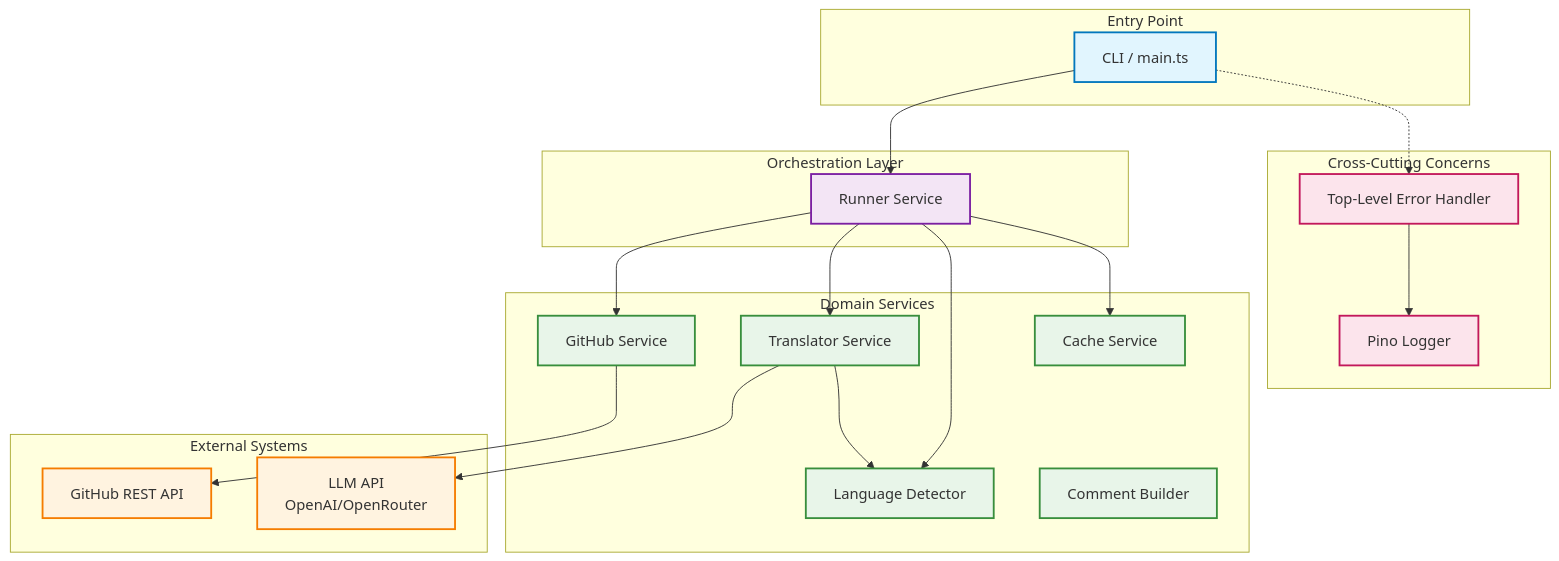
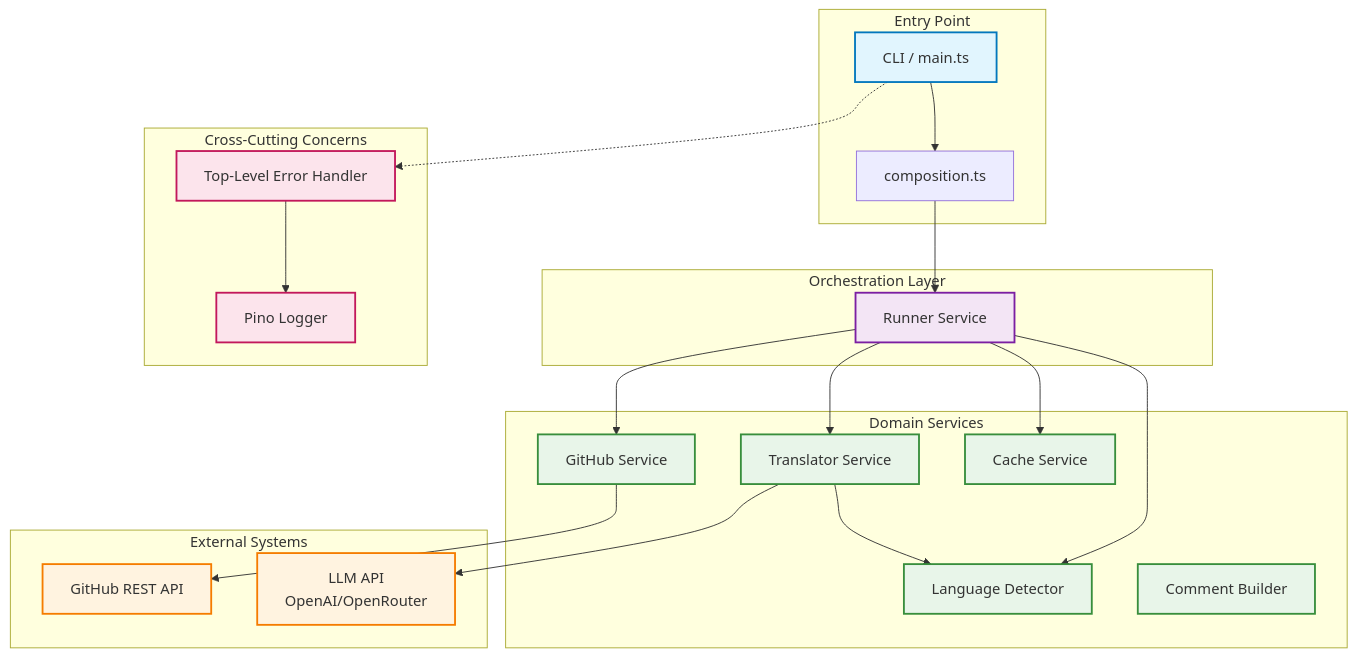
One commit to NivaldoFarias/translate-react changed the first of 3 diagrams in docs/ARCHITECTURE.md. Above: the diagram before and after it, drawn with Mermaid. The commit also changed other lines of this file and 58 other files, not shown here.

````diff
--- a/docs/ARCHITECTURE.md
+++ b/docs/ARCHITECTURE.md
@@ -26,53 +26,55 @@
 ```mermaid
 graph TB
     subgraph "Entry Point"
         CLI[CLI / main.ts]
+        Comp[composition.ts]
     end
 
     subgraph "Orchestration Layer"
         Runner[Runner Service]
     end
 
     subgraph "Domain Services"
         GitHub[GitHub Service]
         Translator[Translator Service]
         LangDetector[Language Detector]
         Cache[Cache Service]
         CommentBuilder[Comment Builder]
     end
 
     subgraph "Cross-Cutting Concerns"
         ErrorHandler[Top-Level Error Handler]
         Logger[Pino Logger]
     end
 
     subgraph "External Systems"
         GitHubAPI[GitHub REST API]
         LLMAPI[LLM API<br/>OpenAI/OpenRouter]
     end
 
-    CLI --> Runner
+    CLI --> Comp
+    Comp --> Runner
     Runner --> GitHub
     Runner --> Translator
     Runner --> LangDetector
     Runner --> Cache
 
     GitHub --> GitHubAPI
     Translator --> LLMAPI
     Translator --> LangDetector
 
     CLI -.-> ErrorHandler
     ErrorHandler --> Logger
 
     classDef entryPoint fill:#e1f5fe,stroke:#0277bd,stroke-width:2px
     classDef orchestration fill:#f3e5f5,stroke:#7b1fa2,stroke-width:2px
     classDef domain fill:#e8f5e9,stroke:#388e3c,stroke-width:2px
     classDef external fill:#fff3e0,stroke:#f57c00,stroke-width:2px
     classDef crossCutting fill:#fce4ec,stroke:#c2185b,stroke-width:2px
 
     class CLI entryPoint
     class Runner orchestration
     class GitHub,Translator,LangDetector,Cache,CommentBuilder domain
     class GitHubAPI,LLMAPI external
     class ErrorHandler,Logger crossCutting
 ```
````
